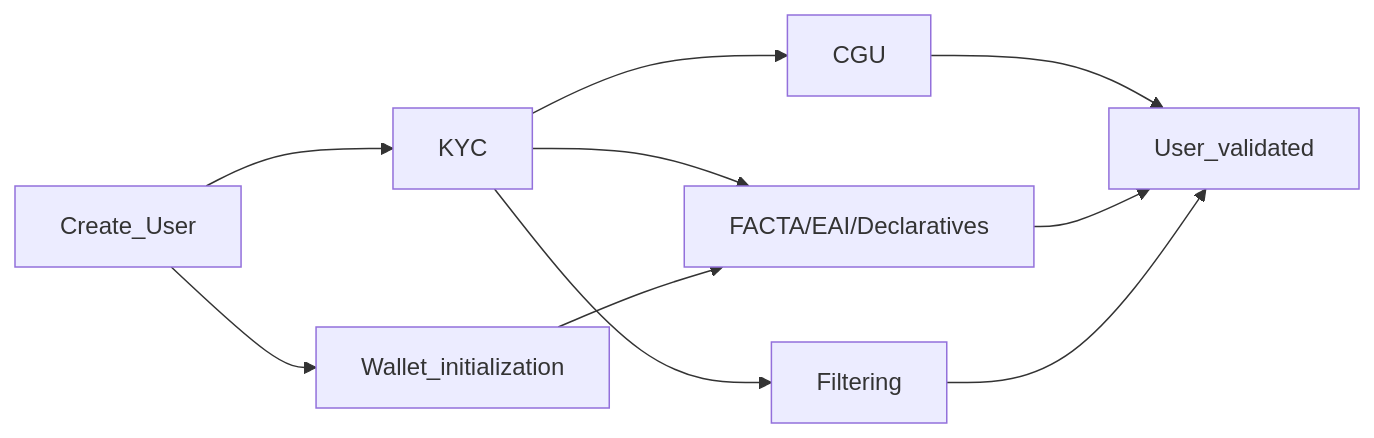
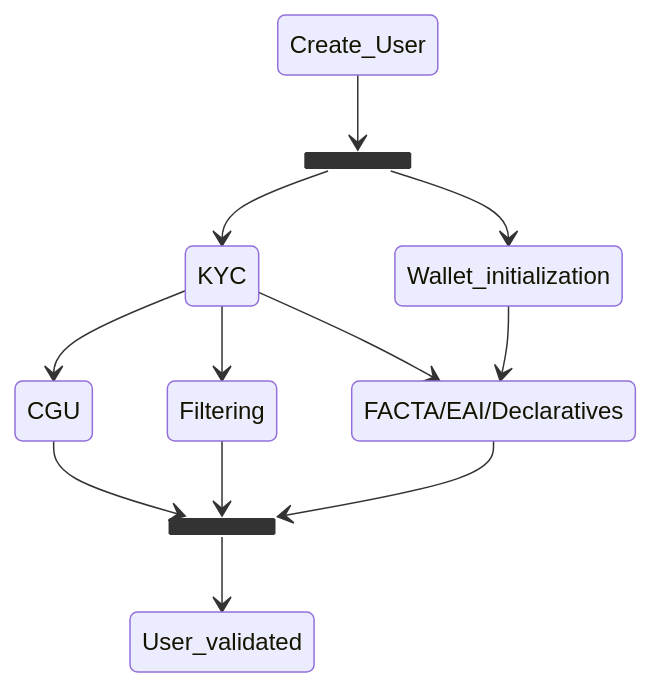
One commit to pomme-clic/s-money-documentation changed the second of 5 diagrams in docs/usecases/users/onboarding/user_onboarding.md. Above: the diagram before and after it, drawn with Mermaid. The commit also changed other lines of this file and 2 other files, not shown here.

````diff
--- a/docs/usecases/users/onboarding/user_onboarding.md
+++ b/docs/usecases/users/onboarding/user_onboarding.md
@@ -48,12 +44,18 @@
 ```mermaid
-flowchart LR
-	Create_User --> KYC
-	Create_User --> Wallet_initialization 
+stateDiagram
+state fork_state1 <<fork>>
+state fork_state2 <<fork>>
+
+	Create_User --> fork_state1
+	fork_state1 --> KYC
+	fork_state1 --> Wallet_initialization 
 	KYC --> CGU 
+	KYC --> Filtering
 	KYC --> FACTA/EAI/Declaratives
 	Wallet_initialization  --> FACTA/EAI/Declaratives
-	KYC --> Filtering
-	CGU --> User_validated
-  FACTA/EAI/Declaratives --> User_validated
-	Filtering --> User_validated
+	CGU --> fork_state2
+  FACTA/EAI/Declaratives --> fork_state2
+	Filtering --> fork_state2
+	fork_state2 --> User_validated
+	
 ```
````
